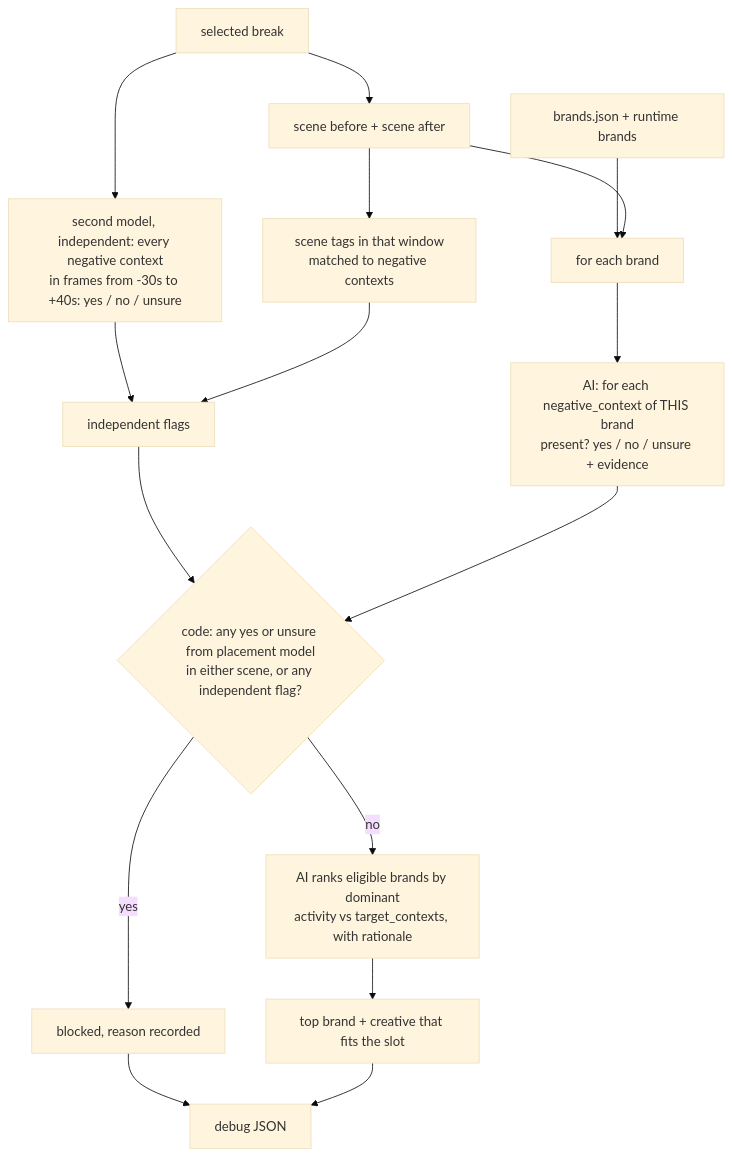
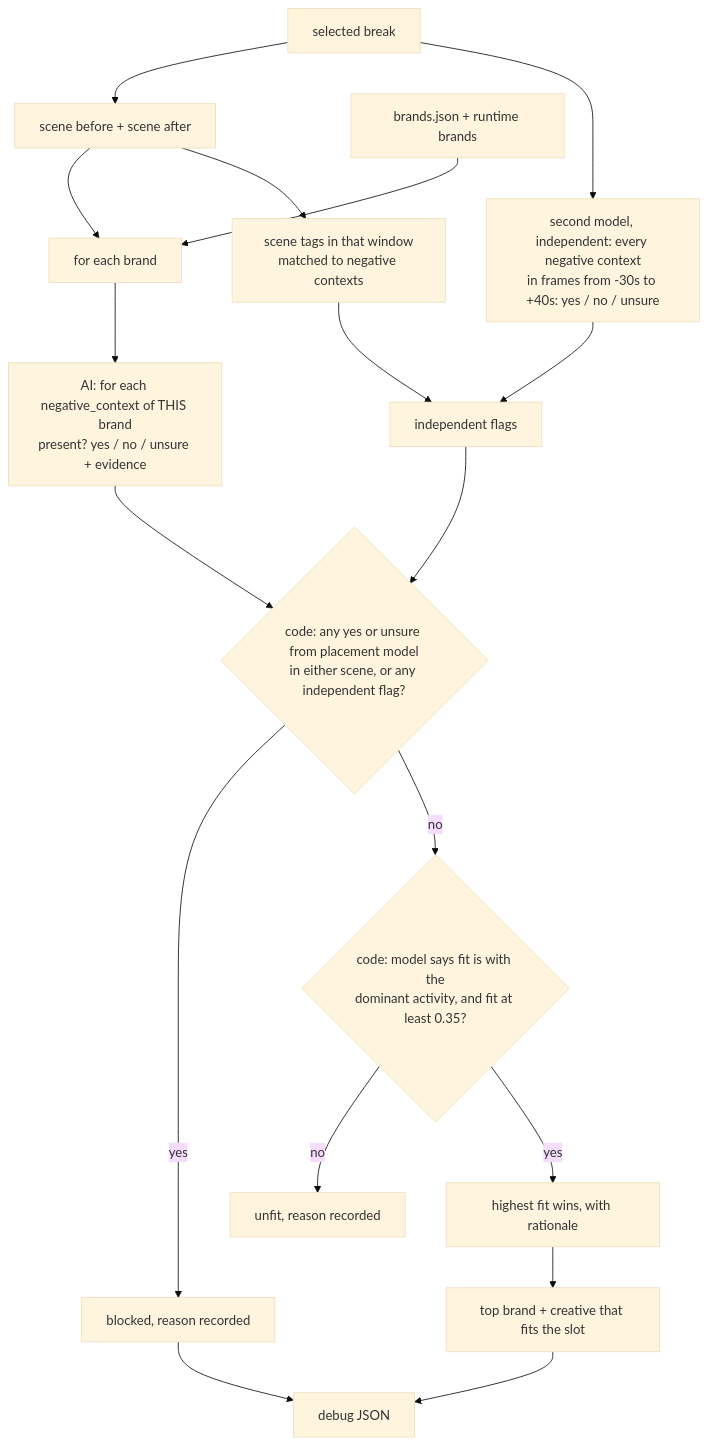
Before and after one commit to thisizaro/adbreak: the third of 5 diagrams in docs/ARCHITECTURE.md, drawn with Mermaid (base theme). The commit also changed other lines of this file, not shown here.

Commit message:
ARCHITECTURE: final speech check and dominant-activity rule

````diff
--- a/docs/ARCHITECTURE.md
+++ b/docs/ARCHITECTURE.md
@@ -94,18 +97,20 @@
 ```mermaid
 flowchart TD
   BR[selected break] --> CTX[scene before + scene after]
   CAT[brands.json + runtime brands] --> LOOP[for each brand]
   CTX --> LOOP
   LOOP --> Q[AI: for each negative_context of THIS brand<br/>present? yes / no / unsure + evidence]
   BR --> SAF[second model, independent: every negative context<br/>in frames from -30s to +40s: yes / no / unsure]
   CTX --> TAG[scene tags in that window<br/>matched to negative contexts]
   SAF --> FL[independent flags]
   TAG --> FL
   FL --> H
   Q --> H{code: any yes or unsure from placement model<br/>in either scene, or any independent flag?}
   H -- yes --> BLK[blocked, reason recorded]
-  H -- no --> RANK[AI ranks eligible brands by dominant<br/>activity vs target_contexts, with rationale]
+  H -- no --> DOM{code: model says fit is with the<br/>dominant activity, and fit at least 0.35?}
+  DOM -- no --> UNFIT[unfit, reason recorded]
+  DOM -- yes --> RANK[highest fit wins, with rationale]
   RANK --> PICK[top brand + creative that fits the slot]
   BLK --> DBG[debug JSON]
   PICK --> DBG
 ```
````
